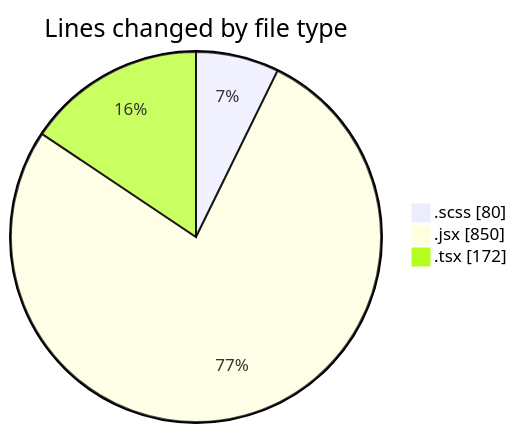
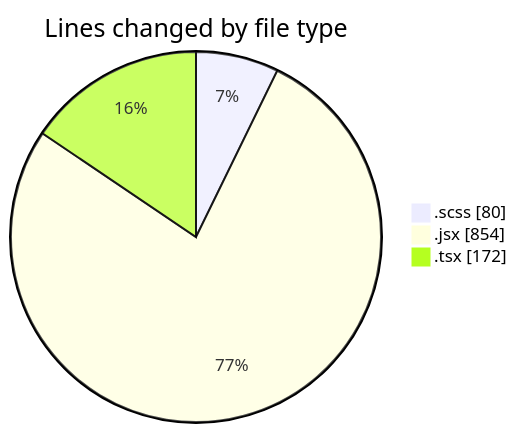
Before and after one commit to momahboobian/code-tracking: the first of 2 diagrams in 2025-06-03/cda/README.md, drawn with Mermaid. The commit also changed other lines of this file and 1 other file, not shown here.

````diff
--- a/2025-06-03/cda/README.md
+++ b/2025-06-03/cda/README.md
@@ -23,7 +23,7 @@
 ```mermaid
 pie showData
 title Lines changed by file type
 ".scss" : 80
-".jsx" : 850
+".jsx" : 854
 ".tsx" : 172
 ```
````
